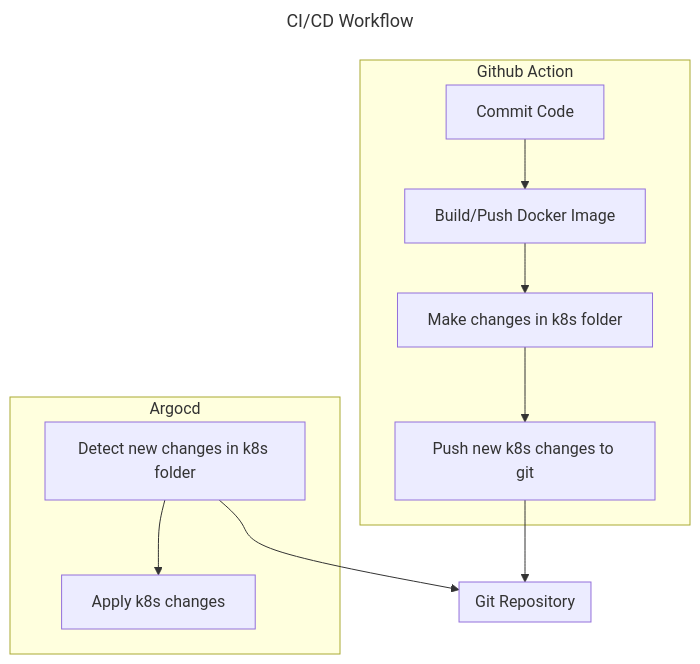
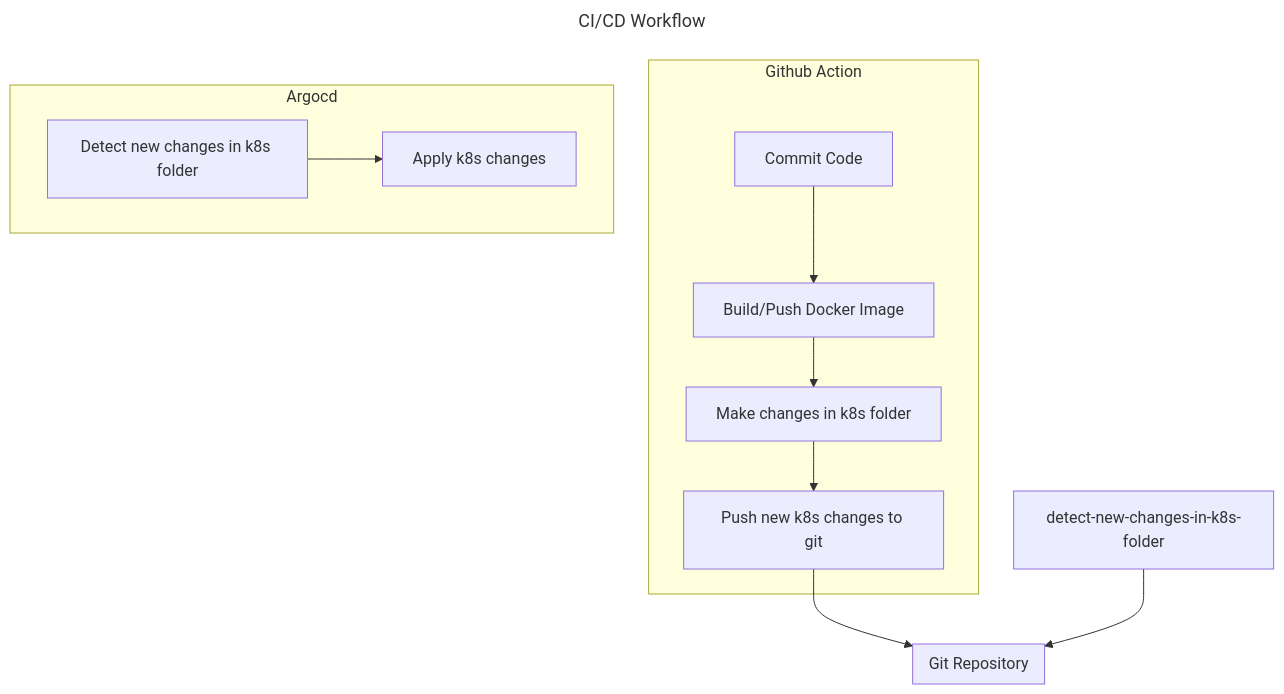
The diagram in README.md (heyhuy/CI_CD-Project), drawn with Mermaid before and after one commit. The commit also changed other lines of this file and 12 other files, not shown here.

````diff
--- a/README.md
+++ b/README.md
@@ -5,23 +5,23 @@
 ```mermaid
 ---
 title: CI/CD Workflow
 ---
 flowchart TB
     subgraph github-action[Github Action]
       commit-code[Commit Code] -->
       build-push-docker-image[Build/Push Docker Image] -->
       make-changes-in-k8s-folder[Make changes in k8s folder] -->
       push-new-k8s-change-to-git[Push new k8s changes to git]
     end
 
     subgraph git-repo[Git Repository]
     end
 
     subgraph argocd[Argocd]
-      detect-new-changes-in-k8s-folder[Detect new changes in k8s folder] -->
+      detect-new-changes-in-k8s[Detect new changes in k8s folder] -->
       apply-k8s-changes[Apply k8s changes]
     end
 
     push-new-k8s-change-to-git --> git-repo
     detect-new-changes-in-k8s-folder --> git-repo
 ```
````
